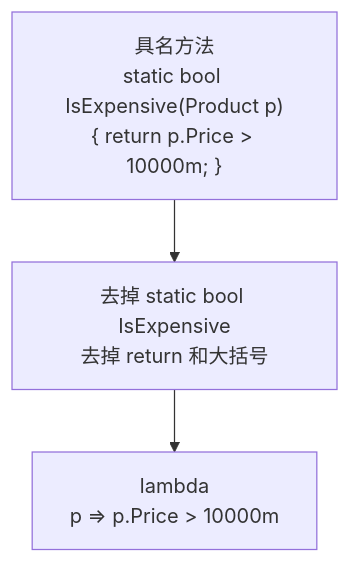
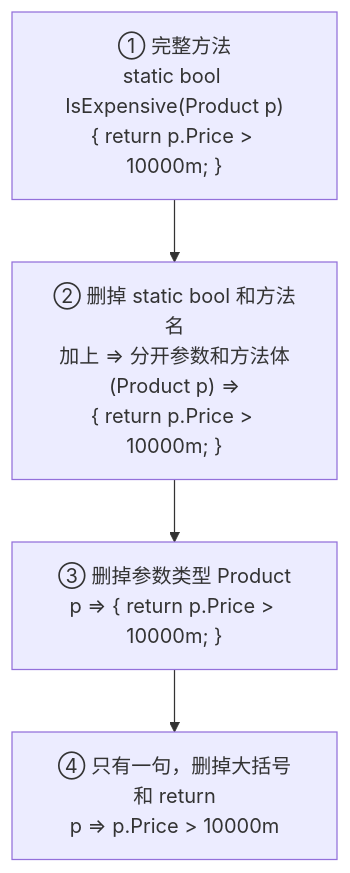
One commit to zerioo1970/summary changed the first of 3 diagrams in EFCore教程/docs/ch01-first-linq.md. Above: the diagram before and after it, drawn with Mermaid. The commit also changed other lines of this file and 1 other file, not shown here.

Commit message:
EF Core 第 1 章：重写 1.2 lambda 一节（Where 需要规则 → 按钮事件对照 → 四步简写 → 捕获变量），去掉 Func

````diff
--- a/EFCore教程/docs/ch01-first-linq.md
+++ b/EFCore教程/docs/ch01-first-linq.md
@@ -95,5 +113,6 @@
 ```mermaid
 graph TB
-    A["具名方法<br/>static bool IsExpensive(Product p)<br/>{ return p.Price > 10000m; }"] --> B["去掉 static bool IsExpensive<br/>去掉 return 和大括号"]
-    B --> C["lambda<br/>p => p.Price > 10000m"]
+    A["① 完整方法<br/>static bool IsExpensive(Product p)<br/>{ return p.Price > 10000m#59; }"] --> B["② 删掉 static bool 和方法名<br/>加上 => 分开参数和方法体<br/>(Product p) =><br/>{ return p.Price > 10000m#59; }"]
+    B --> C["③ 删掉参数类型 Product<br/>p => { return p.Price > 10000m#59; }"]
+    C --> D["④ 只有一句，删掉大括号和 return<br/>p => p.Price > 10000m"]
 ```
````
